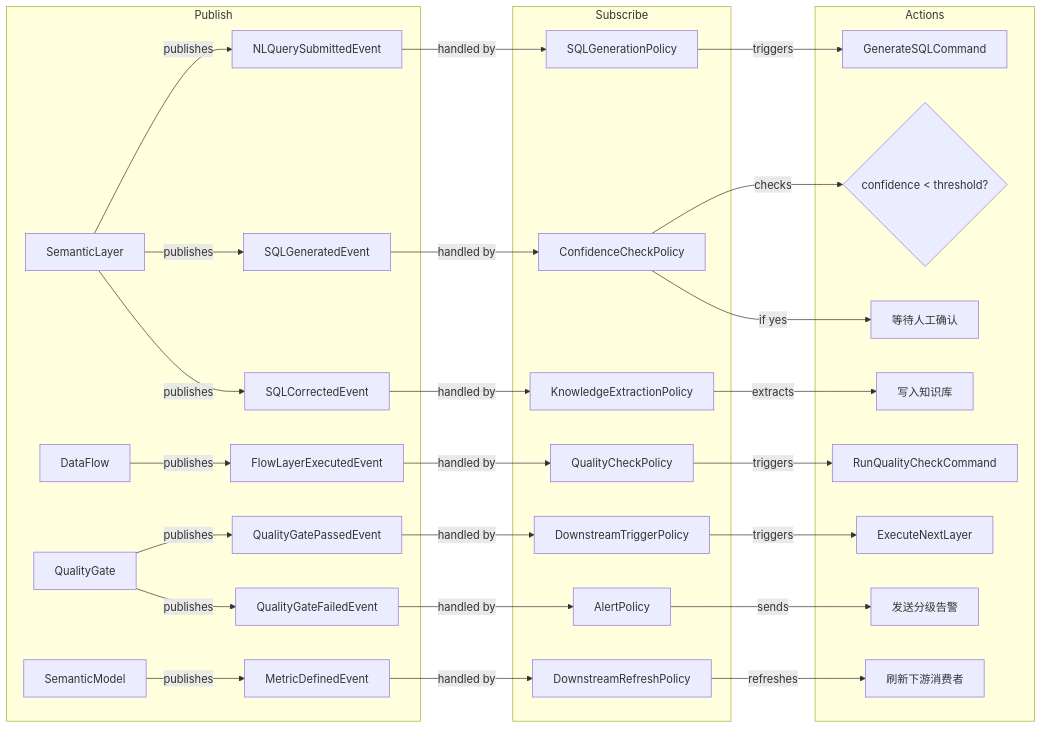
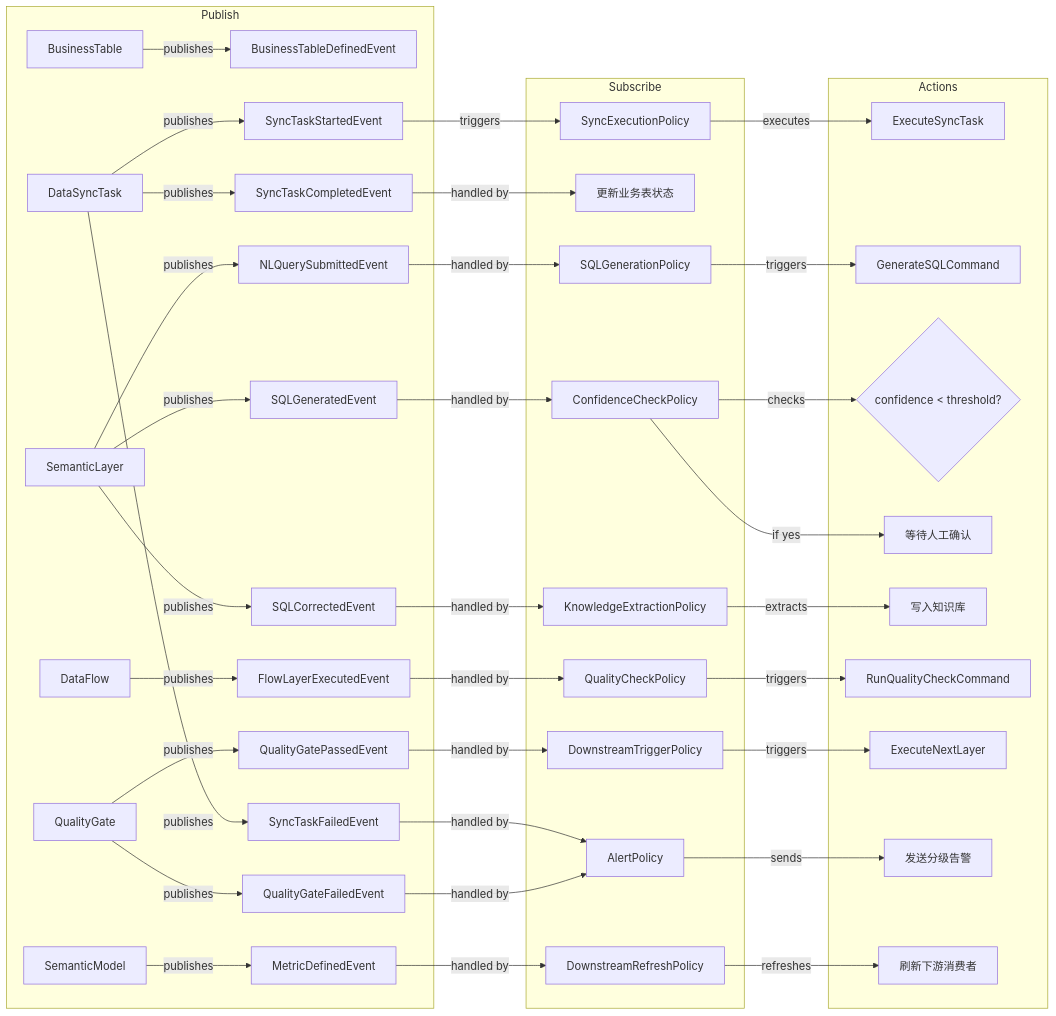
Before and after one commit to felix-tian-77/panda-data-ai: diagram 12 of 12 in docs/design/AI-Data-Analysis-System-DDD-Design.md, drawn with Mermaid. The commit also changed other lines of this file and 2 other files, not shown here.

````diff
--- a/docs/design/AI-Data-Analysis-System-DDD-Design.md
+++ b/docs/design/AI-Data-Analysis-System-DDD-Design.md
@@ -1897,33 +2030,41 @@
 ```mermaid
 flowchart LR
     subgraph Publish
-        SL[SemanticLayer] -->|publishes| E1[NLQuerySubmittedEvent]
-        SL -->|publishes| E2[SQLGeneratedEvent]
-        SL -->|publishes| E3[SQLCorrectedEvent]
-        DF[DataFlow] -->|publishes| E4[FlowLayerExecutedEvent]
-        QG[QualityGate] -->|publishes| E5[QualityGatePassedEvent]
-        QG -->|publishes| E6[QualityGateFailedEvent]
-        SM[SemanticModel] -->|publishes| E7[MetricDefinedEvent]
+        BT[BusinessTable] -->|publishes| E0[BusinessTableDefinedEvent]
+        SYNC[DataSyncTask] -->|publishes| E1[SyncTaskStartedEvent]
+        SYNC -->|publishes| E2[SyncTaskCompletedEvent]
+        SYNC -->|publishes| E3[SyncTaskFailedEvent]
+        SL[SemanticLayer] -->|publishes| E4[NLQuerySubmittedEvent]
+        SL -->|publishes| E5[SQLGeneratedEvent]
+        SL -->|publishes| E6[SQLCorrectedEvent]
+        DF[DataFlow] -->|publishes| E7[FlowLayerExecutedEvent]
+        QG[QualityGate] -->|publishes| E8[QualityGatePassedEvent]
+        QG -->|publishes| E9[QualityGateFailedEvent]
+        SM[SemanticModel] -->|publishes| E10[MetricDefinedEvent]
     end
 
     subgraph Subscribe
-        E1 -->|handled by| SQLGenPolicy[SQLGenerationPolicy]
-        E2 -->|handled by| ConfPolicy[ConfidenceCheckPolicy]
-        E3 -->|handled by| KnowExtractPolicy[KnowledgeExtractionPolicy]
-        E4 -->|handled by| QualityCheckPolicy[QualityCheckPolicy]
-        E5 -->|handled by| DownstreamPolicy[DownstreamTriggerPolicy]
-        E6 -->|handled by| AlertPolicy[AlertPolicy]
-        E7 -->|handled by| RefreshPolicy[DownstreamRefreshPolicy]
+        E1 -->|triggers| SyncExecPolicy[SyncExecutionPolicy]
+        E2 -->|handled by| UpdateBT[更新业务表状态]
+        E3 -->|handled by| AlertPolicy[AlertPolicy]
+        E4 -->|handled by| SQLGenPolicy[SQLGenerationPolicy]
+        E5 -->|handled by| ConfPolicy[ConfidenceCheckPolicy]
+        E6 -->|handled by| KnowExtractPolicy[KnowledgeExtractionPolicy]
+        E7 -->|handled by| QualityCheckPolicy[QualityCheckPolicy]
+        E8 -->|handled by| DownstreamPolicy[DownstreamTriggerPolicy]
+        E9 -->|handled by| AlertPolicy[AlertPolicy]
+        E10 -->|handled by| RefreshPolicy[DownstreamRefreshPolicy]
     end
 
     subgraph Actions
+        SyncExecPolicy -->|executes| ExecuteSync[ExecuteSyncTask]
         SQLGenPolicy -->|triggers| GenSQL[GenerateSQLCommand]
         ConfPolicy -->|checks| Threshold{confidence < threshold?}
         ConfPolicy -->|if yes| WaitConfirm[等待人工确认]
         KnowExtractPolicy -->|extracts| Knowledge[写入知识库]
         QualityCheckPolicy -->|triggers| RunQC[RunQualityCheckCommand]
         DownstreamPolicy -->|triggers| NextLayer[ExecuteNextLayer]
         AlertPolicy -->|sends| Alert[发送分级告警]
         RefreshPolicy -->|refreshes| Downstream[刷新下游消费者]
     end
 ```
````
